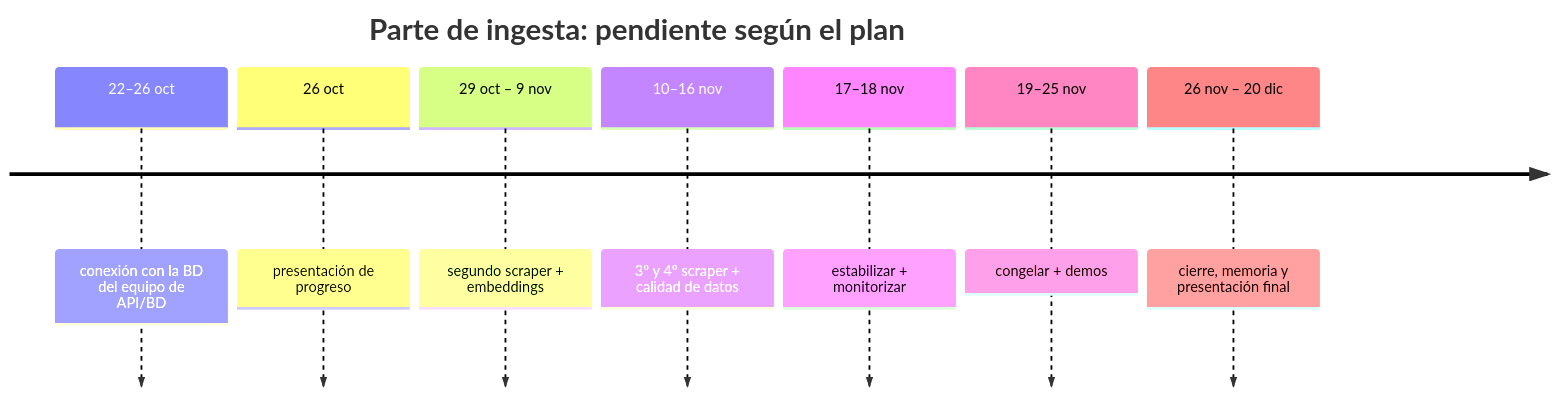
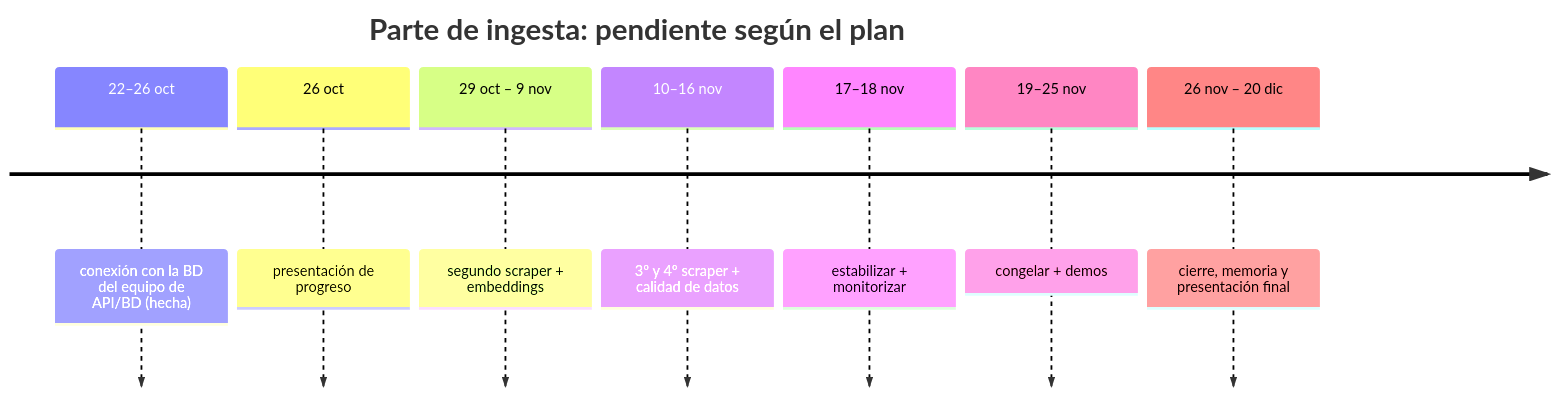
Before and after one commit to TheMinimalOwl/PTI-Q26-27-TARDOR: the diagram in flujo-entrada/docs/05-pendientes.md, drawn with Mermaid. The commit also changed other lines of this file and 31 other files, not shown here.

````diff
--- a/flujo-entrada/docs/05-pendientes.md
+++ b/flujo-entrada/docs/05-pendientes.md
@@ -48,11 +48,11 @@
 ```mermaid
 timeline
   title Parte de ingesta: pendiente según el plan
-  22–26 oct : conexión con la BD del equipo de API/BD
+  22–26 oct : conexión con la BD del equipo de API/BD (hecha)
   26 oct : presentación de progreso
   29 oct – 9 nov : segundo scraper + embeddings
   10–16 nov : 3º y 4º scraper + calidad de datos
   17–18 nov : estabilizar + monitorizar
   19–25 nov : congelar + demos
   26 nov – 20 dic : cierre, memoria y presentación final
 ```
````
